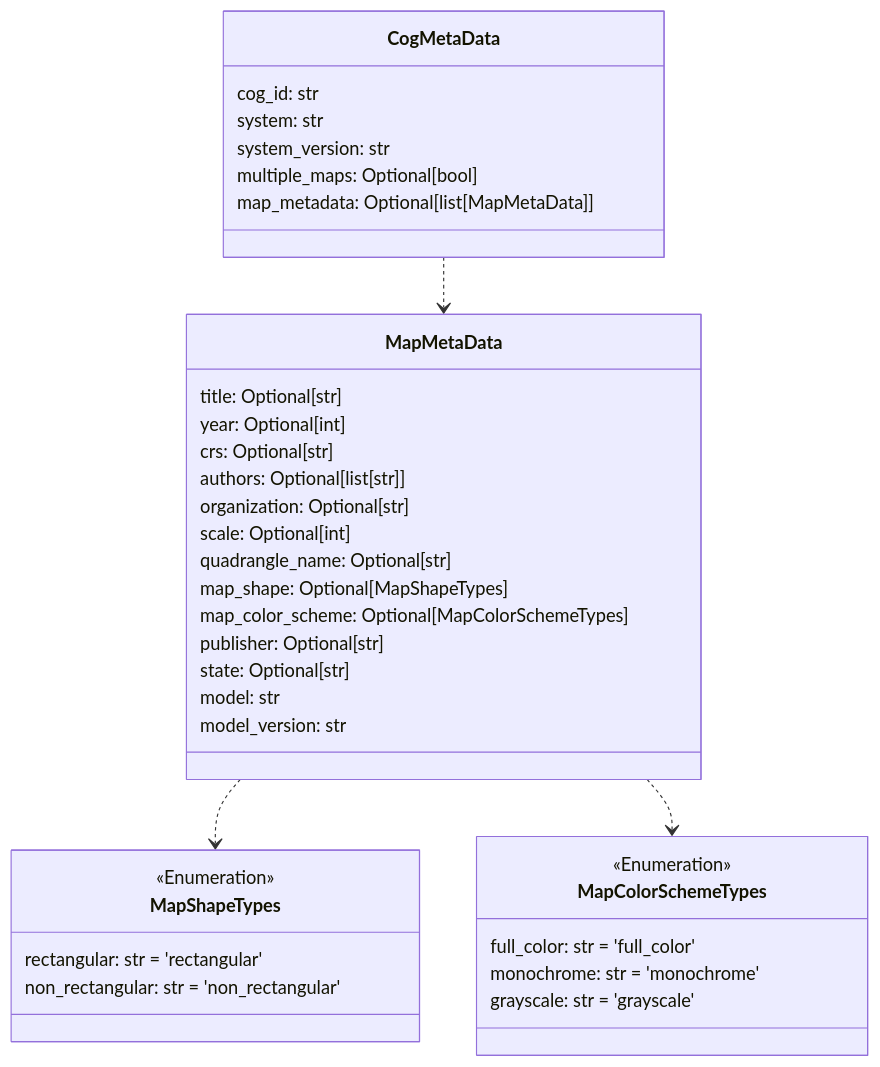
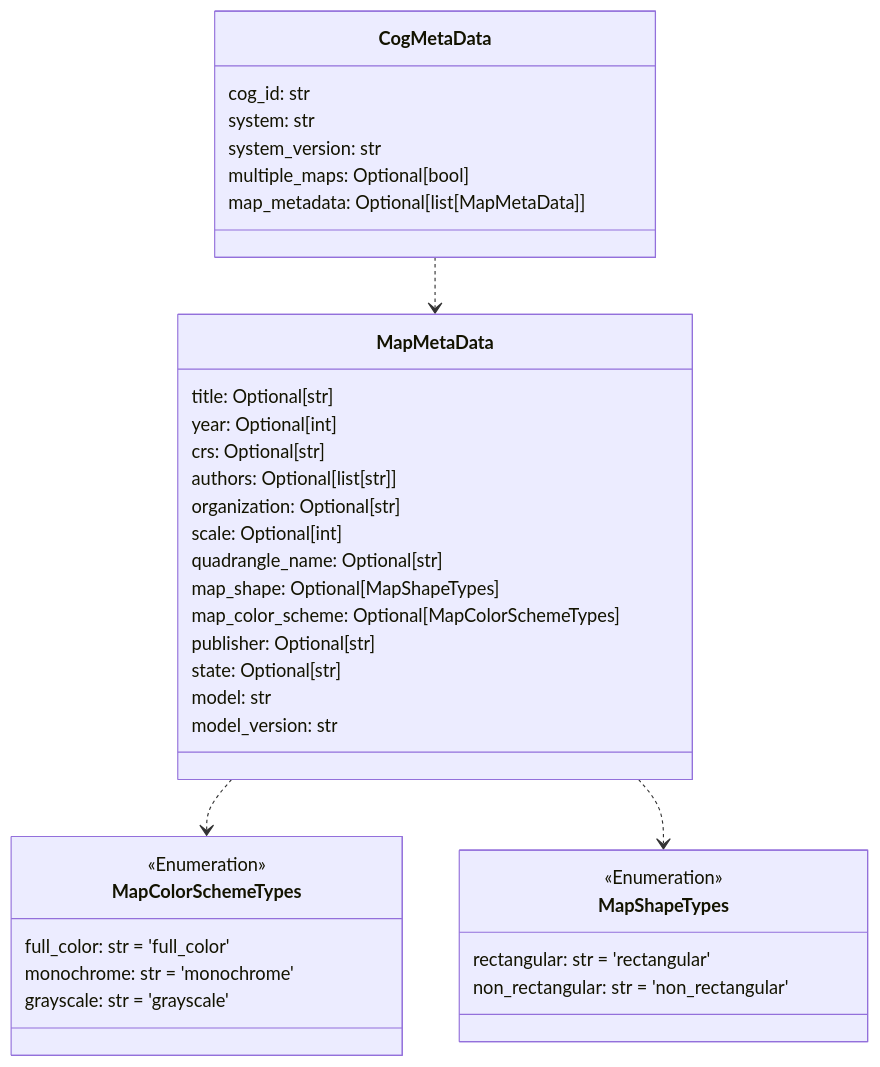
One commit to DARPA-CRITICALMAAS/cdr_schemas changed the eighth of 12 diagrams in README.md. Above: the diagram before and after it, drawn with Mermaid. The commit also changed other lines of this file and 5 other files, not shown here.

````diff
--- a/README.md
+++ b/README.md
@@ -579,46 +613,46 @@
 ```mermaid
 classDiagram
+
+    class MapColorSchemeTypes {
+        <<Enumeration>>
+        full_color: str = 'full_color'
+        monochrome: str = 'monochrome'
+        grayscale: str = 'grayscale'
+    }
 
     class CogMetaData {
         cog_id: str
         system: str
         system_version: str
         multiple_maps: Optional[bool]
         map_metadata: Optional[list[MapMetaData]]
     }
 
     class MapMetaData {
         title: Optional[str]
         year: Optional[int]
         crs: Optional[str]
         authors: Optional[list[str]]
         organization: Optional[str]
         scale: Optional[int]
         quadrangle_name: Optional[str]
         map_shape: Optional[MapShapeTypes]
         map_color_scheme: Optional[MapColorSchemeTypes]
         publisher: Optional[str]
         state: Optional[str]
         model: str
         model_version: str
     }
 
     class MapShapeTypes {
         <<Enumeration>>
         rectangular: str = 'rectangular'
         non_rectangular: str = 'non_rectangular'
     }
 
-    class MapColorSchemeTypes {
-        <<Enumeration>>
-        full_color: str = 'full_color'
-        monochrome: str = 'monochrome'
-        grayscale: str = 'grayscale'
-    }
-
+    MapMetaData ..> MapColorSchemeTypes
     MapMetaData ..> MapShapeTypes
-    MapMetaData ..> MapColorSchemeTypes
     CogMetaData ..> MapMetaData
 
 
 ```
````
